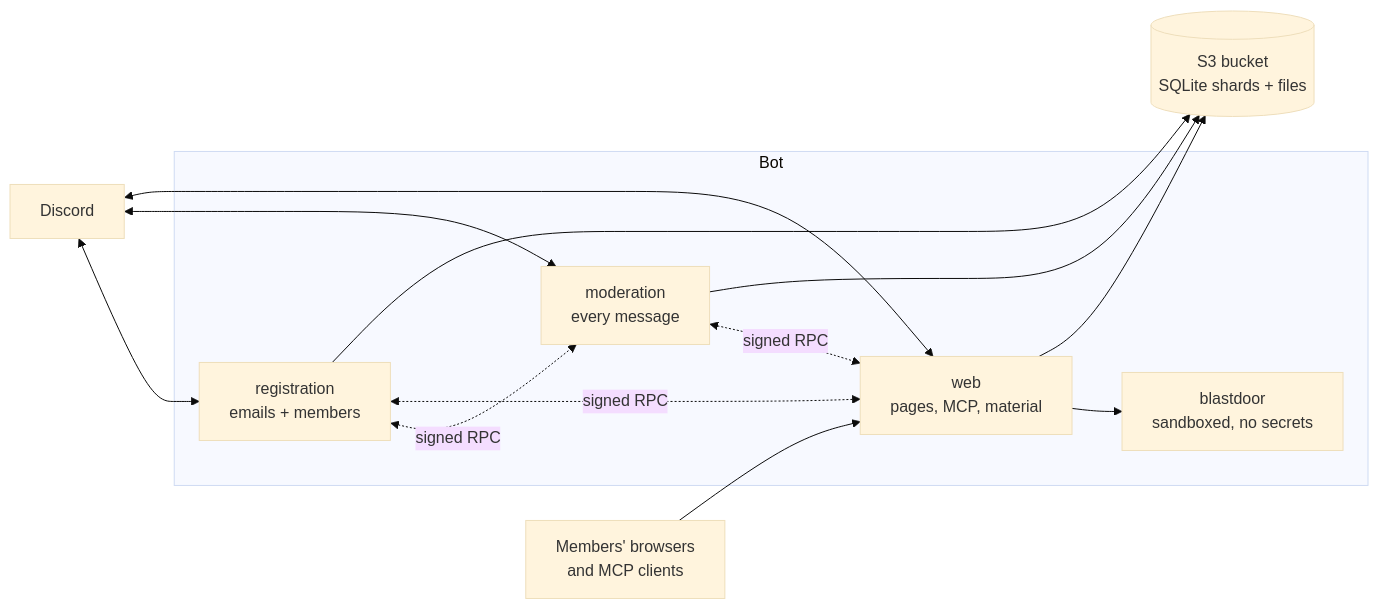
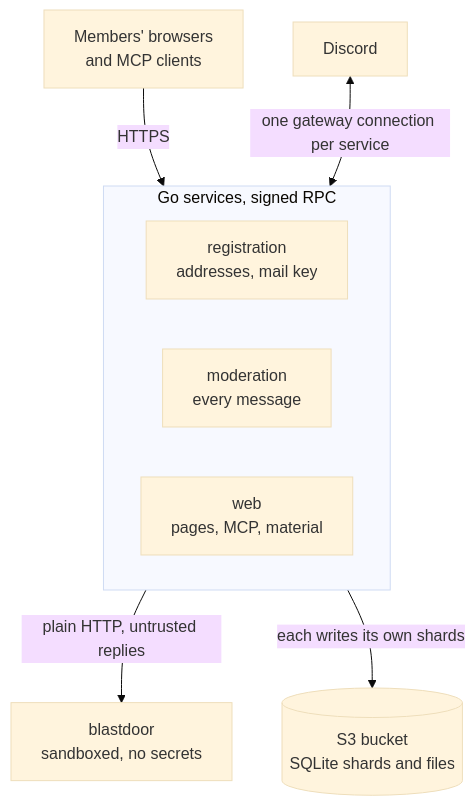
One commit to donfn/steki-discord-bot changed the diagram in README.md. Above: the diagram before and after it, drawn with Mermaid (base theme). The commit also changed other lines of this file and 237 other files, not shown here.

````diff
--- a/README.md
+++ b/README.md
@@ -31,22 +44,20 @@
 ```mermaid
-flowchart LR
+flowchart TB
     D[Discord]
     U["Members' browsers<br/>and MCP clients"]
 
-    subgraph Bot
-        REG["registration<br/>emails + members"]
+    subgraph SVC["Go services, signed RPC"]
+        direction LR
+        REG["registration<br/>addresses, mail key"]
         MOD["moderation<br/>every message"]
         WEB["web<br/>pages, MCP, material"]
-        BD["blastdoor<br/>sandboxed, no secrets"]
     end
 
-    S3[("S3 bucket<br/>SQLite shards + files")]
+    S3[("S3 bucket<br/>SQLite shards and files")]
+    BD["blastdoor<br/>sandboxed, no secrets"]
 
-    D <--> REG & MOD & WEB
-    U --> WEB
-    REG <-.signed RPC.-> MOD
-    MOD <-.signed RPC.-> WEB
-    REG <-.signed RPC.-> WEB
-    WEB --> BD
-    REG & MOD & WEB --> S3
+    D <-->|"one gateway connection per service"| SVC
+    U -->|HTTPS| WEB
+    SVC -->|"each writes its own shards"| S3
+    WEB -->|"plain HTTP, untrusted replies"| BD
 ```
````
